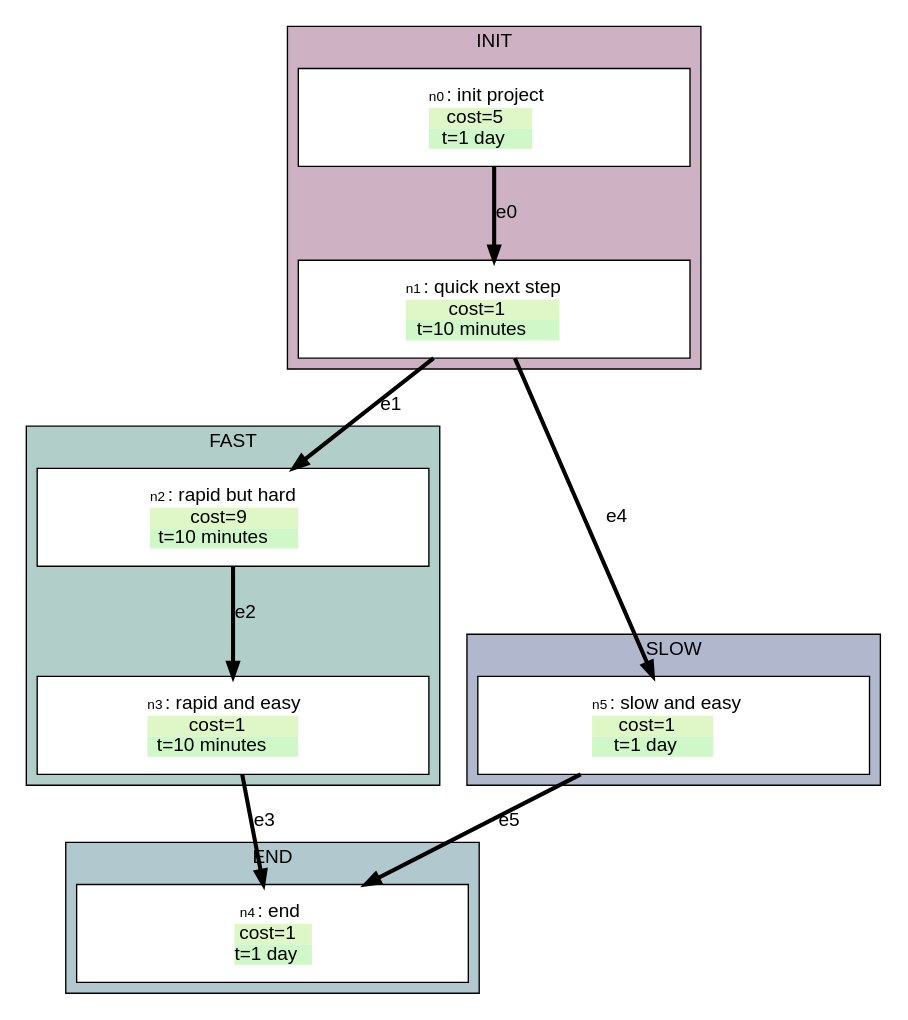
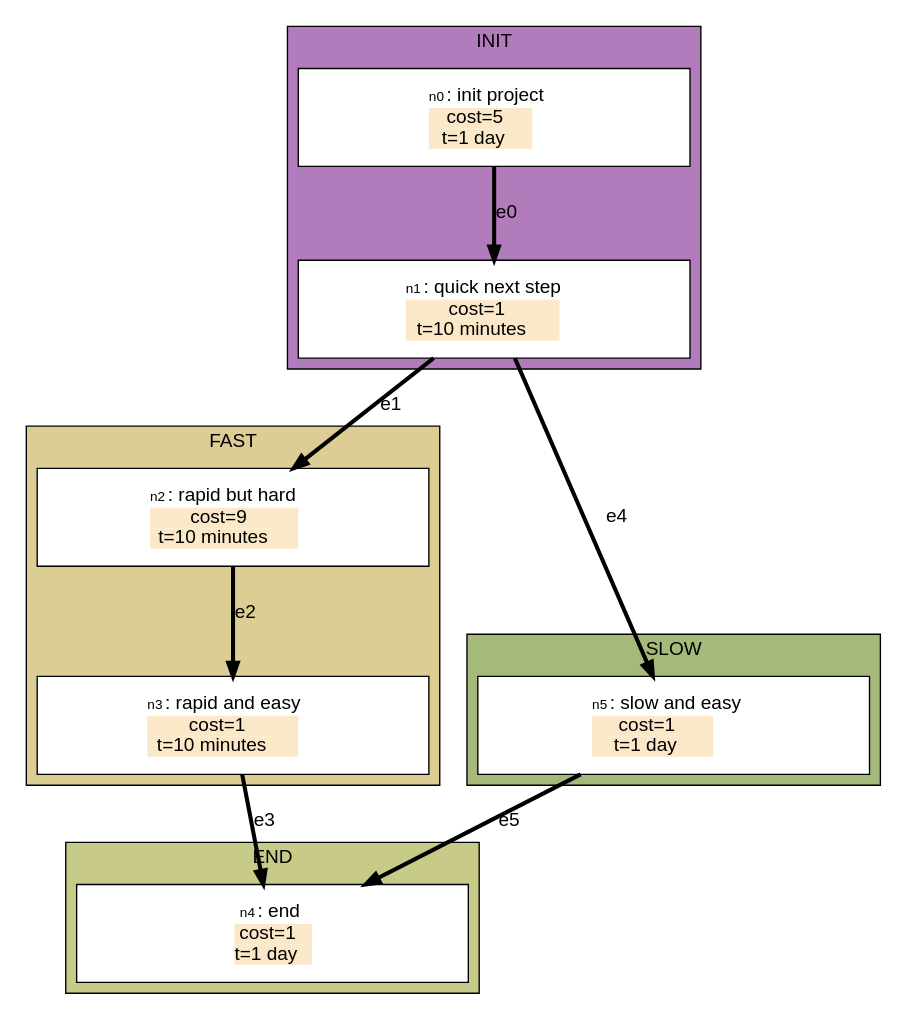
One commit to stevecooperorg/microdot changed the diagram in examples/variables.dot. Above: the diagram before and after it, drawn with Graphviz. The commit also changed 15 other files, not shown here.

```diff
--- a/examples/variables.dot
+++ b/examples/variables.dot
@@ -1,133 +1,133 @@
 digraph {
 
     graph [fontname = "helvetica" rankdir="TB" ranksep=0.75 nodesep=0.5];
     node [fontname = "helvetica" shape = "box" width=2.5 style=filled];
     edge [fontname = "helvetica" penwidth=3 color="#000000"];
 
   subgraph cluster_END {
   label="END"
-  bgcolor="#B1C9CE"
+  bgcolor="#C8CA87"
     n4 [width=4 height=1 label=< <TABLE BORDER="0" CELLPADDING="0" CELLSPACING="0">
     <TR>
         <TD COLSPAN="2"><FONT POINT-SIZE="10">n4</FONT>: end</TD>
     </TR>
     
         
            <TR>
-<TD BGCOLOR="#DFF7C7"><FONT COLOR="#000000">cost=1</FONT></TD>
+<TD BGCOLOR="#FAE8C8"><FONT COLOR="#000000">cost=1</FONT></TD>
 </TR>
         
            <TR>
-<TD BGCOLOR="#D0F7C7"><FONT COLOR="#000000">t=1 day</FONT></TD>
+<TD BGCOLOR="#FAE8C8"><FONT COLOR="#000000">t=1 day</FONT></TD>
 </TR>
         
     
    </TABLE>
 > fillcolor="#FFFFFF"]
   }
   subgraph cluster_FAST {
   label="FAST"
-  bgcolor="#B1CEC9"
+  bgcolor="#DBCD93"
     n2 [width=4 height=1 label=< <TABLE BORDER="0" CELLPADDING="0" CELLSPACING="0">
     <TR>
         <TD COLSPAN="2"><FONT POINT-SIZE="10">n2</FONT>: rapid but hard</TD>
     </TR>
     
         
            <TR>
-<TD BGCOLOR="#DFF7C7"><FONT COLOR="#000000">cost=9</FONT></TD>
+<TD BGCOLOR="#FAE8C8"><FONT COLOR="#000000">cost=9</FONT></TD>
 </TR>
         
            <TR>
-<TD BGCOLOR="#D0F7C7"><FONT COLOR="#000000">t=10 minutes</FONT></TD>
+<TD BGCOLOR="#FAE8C8"><FONT COLOR="#000000">t=10 minutes</FONT></TD>
 </TR>
         
     
    </TABLE>
 > fillcolor="#FFFFFF"]
     n3 [width=4 height=1 label=< <TABLE BORDER="0" CELLPADDING="0" CELLSPACING="0">
     <TR>
         <TD COLSPAN="2"><FONT POINT-SIZE="10">n3</FONT>: rapid and easy</TD>
     </TR>
     
         
            <TR>
-<TD BGCOLOR="#DFF7C7"><FONT COLOR="#000000">cost=1</FONT></TD>
+<TD BGCOLOR="#FAE8C8"><FONT COLOR="#000000">cost=1</FONT></TD>
 </TR>
         
            <TR>
-<TD BGCOLOR="#D0F7C7"><FONT COLOR="#000000">t=10 minutes</FONT></TD>
+<TD BGCOLOR="#FAE8C8"><FONT COLOR="#000000">t=10 minutes</FONT></TD>
 </TR>
         
     
    </TABLE>
 > fillcolor="#FFFFFF"]
   }
   subgraph cluster_INIT {
   label="INIT"
-  bgcolor="#CEB1C2"
+  bgcolor="#B27CBC"
     n0 [width=4 height=1 label=< <TABLE BORDER="0" CELLPADDING="0" CELLSPACING="0">
     <TR>
         <TD COLSPAN="2"><FONT POINT-SIZE="10">n0</FONT>: init project</TD>
     </TR>
     
         
            <TR>
-<TD BGCOLOR="#DFF7C7"><FONT COLOR="#000000">cost=5</FONT></TD>
+<TD BGCOLOR="#FAE8C8"><FONT COLOR="#000000">cost=5</FONT></TD>
 </TR>
         
            <TR>
-<TD BGCOLOR="#D0F7C7"><FONT COLOR="#000000">t=1 day</FONT></TD>
+<TD BGCOLOR="#FAE8C8"><FONT COLOR="#000000">t=1 day</FONT></TD>
 </TR>
         
     
    </TABLE>
 > fillcolor="#FFFFFF"]
     n1 [width=4 height=1 label=< <TABLE BORDER="0" CELLPADDING="0" CELLSPACING="0">
     <TR>
         <TD COLSPAN="2"><FONT POINT-SIZE="10">n1</FONT>: quick next step</TD>
     </TR>
     
         
            <TR>
-<TD BGCOLOR="#DFF7C7"><FONT COLOR="#000000">cost=1</FONT></TD>
+<TD BGCOLOR="#FAE8C8"><FONT COLOR="#000000">cost=1</FONT></TD>
 </TR>
         
            <TR>
-<TD BGCOLOR="#D0F7C7"><FONT COLOR="#000000">t=10 minutes</FONT></TD>
+<TD BGCOLOR="#FAE8C8"><FONT COLOR="#000000">t=10 minutes</FONT></TD>
 </TR>
         
     
    </TABLE>
 > fillcolor="#FFFFFF"]
   }
   subgraph cluster_SLOW {
   label="SLOW"
-  bgcolor="#B1B8CE"
+  bgcolor="#A4B97A"
     n5 [width=4 height=1 label=< <TABLE BORDER="0" CELLPADDING="0" CELLSPACING="0">
     <TR>
         <TD COLSPAN="2"><FONT POINT-SIZE="10">n5</FONT>: slow and easy</TD>
     </TR>
     
         
            <TR>
-<TD BGCOLOR="#DFF7C7"><FONT COLOR="#000000">cost=1</FONT></TD>
+<TD BGCOLOR="#FAE8C8"><FONT COLOR="#000000">cost=1</FONT></TD>
 </TR>
         
            <TR>
-<TD BGCOLOR="#D0F7C7"><FONT COLOR="#000000">t=1 day</FONT></TD>
+<TD BGCOLOR="#FAE8C8"><FONT COLOR="#000000">t=1 day</FONT></TD>
 </TR>
         
     
    </TABLE>
 > fillcolor="#FFFFFF"]
   }
 
     "n0" -> "n1" [label="e0"];
     "n1" -> "n2" [label="e1"];
     "n2" -> "n3" [label="e2"];
     "n3" -> "n4" [label="e3"];
     "n1" -> "n5" [label="e4"];
     "n5" -> "n4" [label="e5"];
 
 }
```
